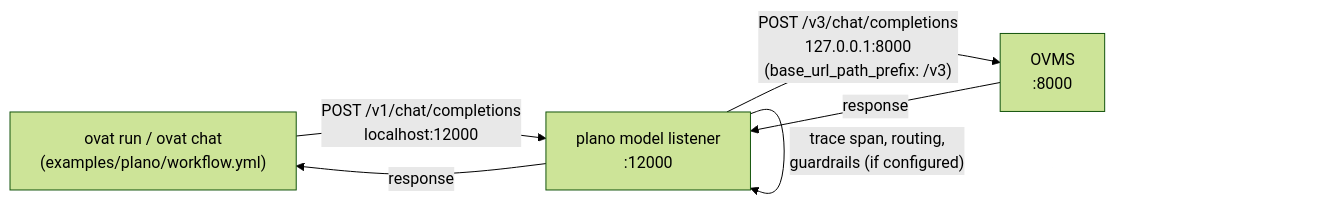
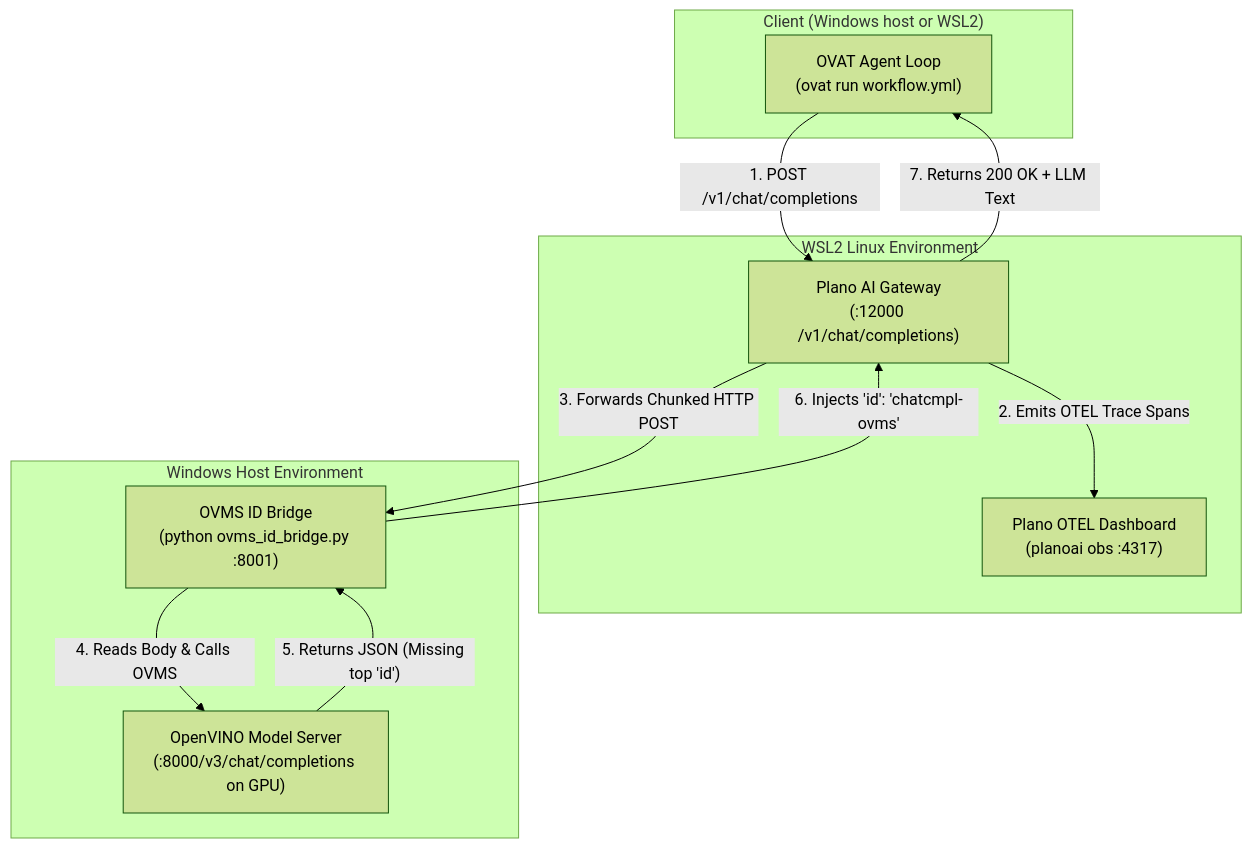
One commit to Lagmator22/ovat changed the diagram in examples/plano/README.md. Above: the diagram before and after it, drawn with Mermaid (forest theme). The commit also changed other lines of this file, not shown here.

First line of the commit message:
docs(plano): update README.md with beginner guide, architecture diagrams, and setup instructions

````diff
--- a/examples/plano/README.md
+++ b/examples/plano/README.md
@@ -89,8 +26,24 @@
 ```mermaid
-flowchart LR
-    A["ovat run / ovat chat<br/>(examples/plano/workflow.yml)"] -->|"POST /v1/chat/completions<br/>localhost:12000"| B["plano model listener<br/>:12000"]
-    B -->|"trace span, routing,<br/>guardrails (if configured)"| B
-    B -->|"POST /v3/chat/completions<br/>127.0.0.1:8000<br/>(base_url_path_prefix: /v3)"| C["OVMS<br/>:8000"]
-    C -->|response| B
-    B -->|response| A
+flowchart TD
+    subgraph Client ["Client (Windows host or WSL2)"]
+        OVAT["OVAT Agent Loop<br/>(ovat run workflow.yml)"]
+    end
+
+    subgraph WSL2 ["WSL2 Linux Environment"]
+        Plano["Plano AI Gateway<br/>(:12000 /v1/chat/completions)"]
+        Obs["Plano OTEL Dashboard<br/>(planoai obs :4317)"]
+    end
+
+    subgraph WinHost ["Windows Host Environment"]
+        Bridge["OVMS ID Bridge<br/>(python ovms_id_bridge.py :8001)"]
+        OVMS["OpenVINO Model Server<br/>(:8000/v3/chat/completions on GPU)"]
+    end
+
+    OVAT -->|"1. POST /v1/chat/completions"| Plano
+    Plano -->|"2. Emits OTEL Trace Spans"| Obs
+    Plano -->|"3. Forwards Chunked HTTP POST"| Bridge
+    Bridge -->|"4. Reads Body & Calls OVMS"| OVMS
+    OVMS -->|"5. Returns JSON (Missing top 'id')"| Bridge
+    Bridge -->|"6. Injects 'id': 'chatcmpl-ovms'"| Plano
+    Plano -->|"7. Returns 200 OK + LLM Text"| OVAT
 ```
````
